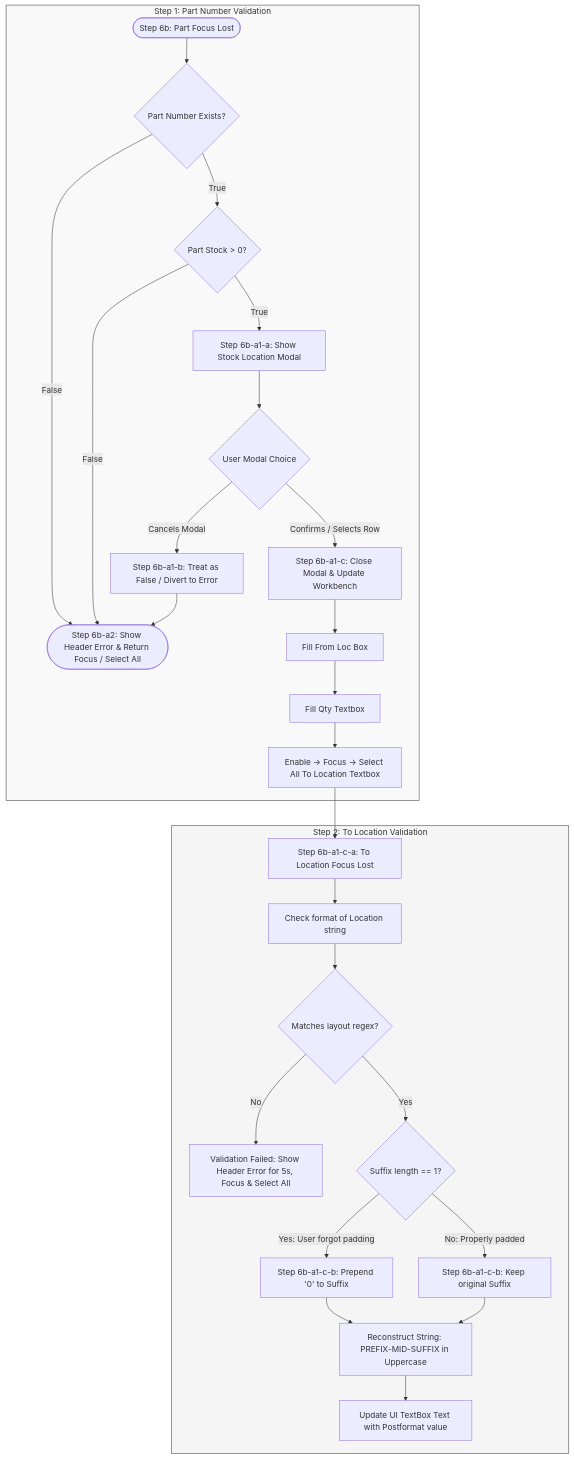
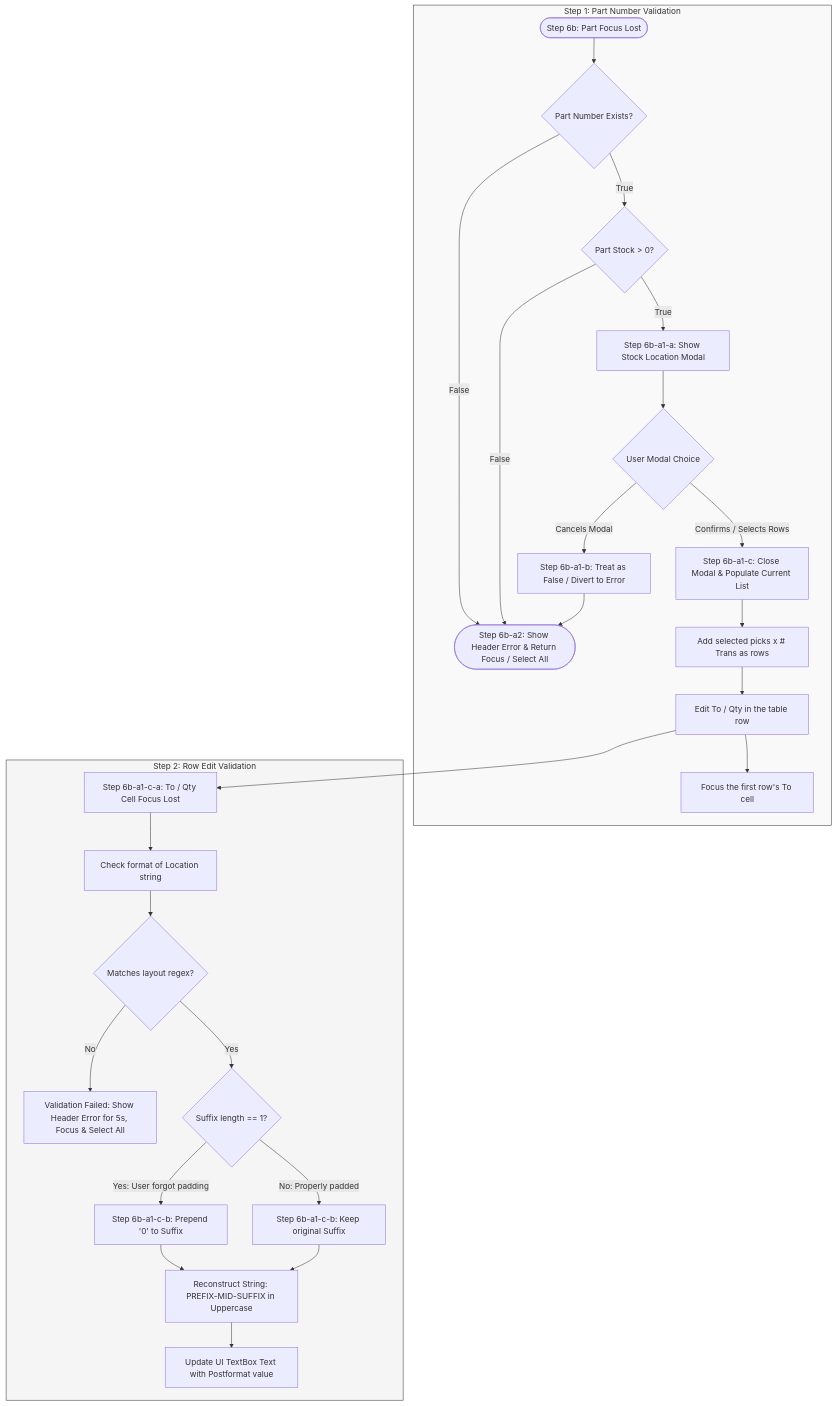
The diagram in ScannerUpdate.md (JDKoll1982/MTM_Receiving_Application), drawn with Mermaid before and after one commit. The commit also changed other lines of this file and 14 other files, not shown here.

````diff
--- a/ScannerUpdate.md
+++ b/ScannerUpdate.md
@@ -37,42 +35,42 @@
 ```mermaid
 flowchart TD
     %% STEP 1: PART NUMBER VALIDATION FLOW
     subgraph Step_1["Step 1: Part Number Validation"]
         W6b_Start([Step 6b: Part Focus Lost]) --> W6b_PartExists{Part Number Exists?}
         W6b_PartExists -- False --> W6b_Error([Step 6b-a2: Show Header Error & Return Focus / Select All])
         W6b_PartExists -- True --> W6b_HasStock{Part Stock > 0?}
 
         W6b_HasStock -- False --> W6b_Error
         W6b_HasStock -- True --> W6b_ShowModal[Step 6b-a1-a: Show Stock Location Modal]
 
         W6b_ShowModal --> W6b_ModalChoice{User Modal Choice}
         W6b_ModalChoice -- Cancels Modal --> W6b_Canceled[Step 6b-a1-b: Treat as False / Divert to Error]
         W6b_Canceled --> W6b_Error
 
-        W6b_ModalChoice -- Confirms / Selects Row --> W6b_Apply[Step 6b-a1-c: Close Modal & Update Workbench]
-        W6b_Apply --> W6b_FillFrom[Fill From Loc Box]
-        W6b_FillFrom --> W6b_FillQty[Fill Qty Textbox]
-        W6b_FillQty --> W6b_FocusTo[Enable -> Focus -> Select All To Location Textbox]
+        W6b_ModalChoice -- Confirms / Selects Rows --> W6b_Apply[Step 6b-a1-c: Close Modal & Populate Current List]
+        W6b_Apply --> W6b_Populate[Add selected picks x # Trans as rows]
+        W6b_Populate --> W6b_EditRow[Edit To / Qty in the table row]
+        W6b_EditRow --> W6b_FocusTo[Focus the first row's To cell]
     end
 
     %% STEP 2: TO LOCATION FORMAT SANITIZATION FLOW
-    subgraph Step_2["Step 2: To Location Validation"]
-        W6b_FocusTo --> W6b_ToLostFocus[Step 6b-a1-c-a: To Location Focus Lost]
+    subgraph Step_2["Step 2: Row Edit Validation"]
+        W6b_EditRow --> W6b_ToLostFocus[Step 6b-a1-c-a: To / Qty Cell Focus Lost]
         W6b_ToLostFocus --> W6b_CheckFormat[Check format of Location string]
         W6b_CheckFormat --> W6b_RegexMatch{Matches layout regex?}
 
         W6b_RegexMatch -- No --> W6b_FormatError[Validation Failed: Show Header Error for 5s, Focus & Select All]
         W6b_RegexMatch -- Yes --> W6b_SuffixLen{Suffix length == 1?}
 
         W6b_SuffixLen -- Yes: User forgot padding --> W6b_Pad[Step 6b-a1-c-b: Prepend '0' to Suffix]
         W6b_SuffixLen -- No: Properly padded --> W6b_Keep[Step 6b-a1-c-b: Keep original Suffix]
 
         W6b_Pad --> W6b_Rebuild[Reconstruct String: PREFIX-MID-SUFFIX in Uppercase]
         W6b_Keep --> W6b_Rebuild
         W6b_Rebuild --> W6b_Update[Update UI TextBox Text with Postformat value]
     end
 
     %% Styling and connections
     style Step_1 fill:#f9f9f9,stroke:#333,stroke-width:1px
     style Step_2 fill:#f5f5f5,stroke:#333,stroke-width:1px
 ```
````
